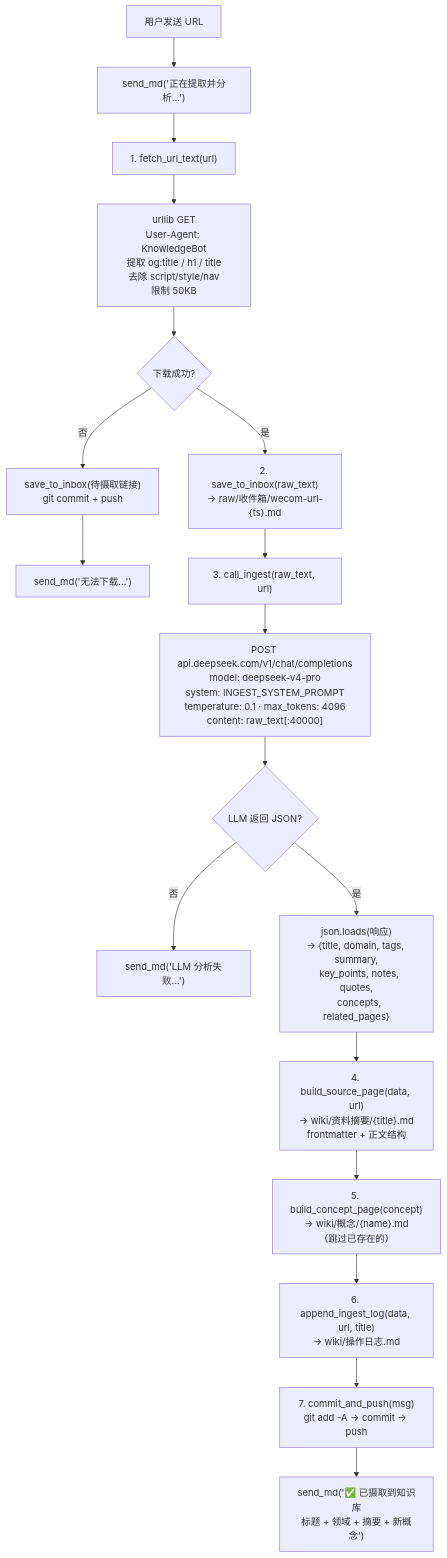
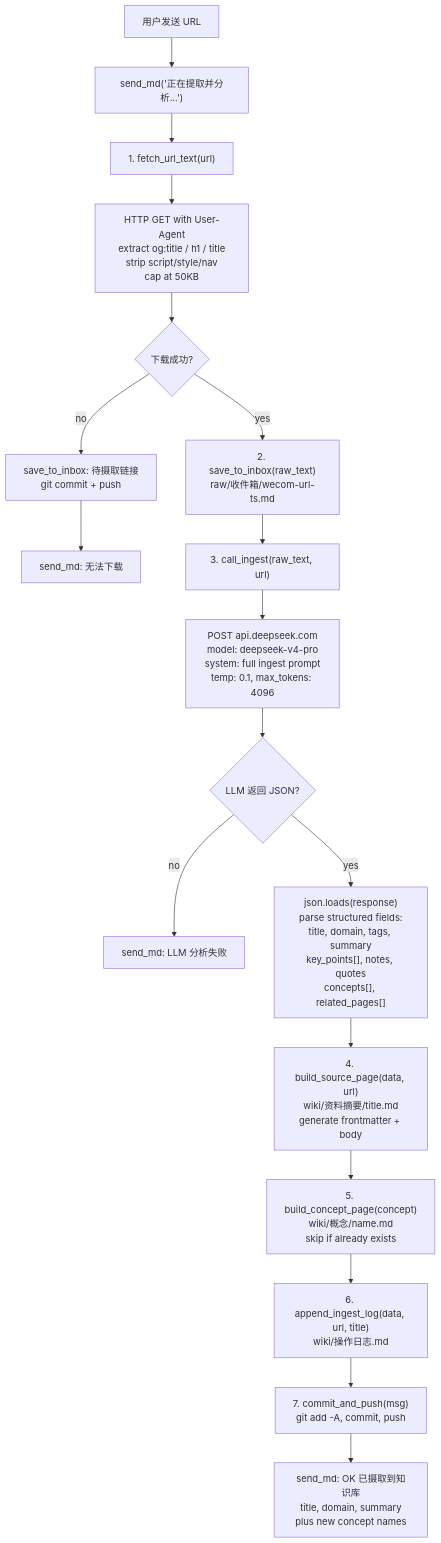
The fourth of 8 diagrams in wiki/综合分析/2026-05-23 Phase 2 实现详细流程图.md (JXY001A/knowledge-wiki), drawn with Mermaid before and after one commit. The commit also changed other lines of this file, not shown here.

First line of the commit message:
fix: 修复 4 处 Mermaid 渲染错误 — 清除节点标签中的 ()/→/✅/{}/├└ 模式

````diff
--- a/wiki/综合分析/2026-05-23 Phase 2 实现详细流程图.md
+++ b/wiki/综合分析/2026-05-23 Phase 2 实现详细流程图.md
@@ -164,32 +164,32 @@
 ```mermaid
 flowchart TD
     URL["用户发送 URL"] --> Notify["send_md('正在提取并分析...')"]
 
     Notify --> Fetch["1. fetch_url_text(url)"]
-    Fetch --> FetchDetail["urllib GET<br/>User-Agent: KnowledgeBot<br/>提取 og:title / h1 / title<br/>去除 script/style/nav<br/>限制 50KB"]
+    Fetch --> FetchDetail["HTTP GET with User-Agent<br/>extract og:title / h1 / title<br/>strip script/style/nav<br/>cap at 50KB"]
     FetchDetail --> FetchOK{"下载成功?"}
 
-    FetchOK -->|"否"| SaveRef["save_to_inbox(待摄取链接)<br/>git commit + push"]
-    SaveRef --> NotifyFail["send_md('无法下载...')"]
+    FetchOK -->|"no"| SaveRef["save_to_inbox: 待摄取链接<br/>git commit + push"]
+    SaveRef --> NotifyFail["send_md: 无法下载"]
 
-    FetchOK -->|"是"| SaveRaw["2. save_to_inbox(raw_text)<br/>→ raw/收件箱/wecom-url-{ts}.md"]
+    FetchOK -->|"yes"| SaveRaw["2. save_to_inbox(raw_text)<br/>raw/收件箱/wecom-url-ts.md"]
 
     SaveRaw --> DeepSeek["3. call_ingest(raw_text, url)"]
-    DeepSeek --> DeepSeekDetail["POST api.deepseek.com/v1/chat/completions<br/>model: deepseek-v4-pro<br/>system: INGEST_SYSTEM_PROMPT<br/>temperature: 0.1 · max_tokens: 4096<br/>content: raw_text[:40000]"]
+    DeepSeek --> DeepSeekDetail["POST api.deepseek.com<br/>model: deepseek-v4-pro<br/>system: full ingest prompt<br/>temp: 0.1, max_tokens: 4096"]
 
     DeepSeekDetail --> DeepSeekOK{"LLM 返回 JSON?"}
 
-    DeepSeekOK -->|"否"| NotifyLLMFail["send_md('LLM 分析失败...')"]
+    DeepSeekOK -->|"no"| NotifyLLMFail["send_md: LLM 分析失败"]
 
-    DeepSeekOK -->|"是"| ParseJSON["json.loads(响应)<br/>→ {title, domain, tags, summary,<br/>   key_points, notes, quotes,<br/>   concepts, related_pages}"]
+    DeepSeekOK -->|"yes"| ParseJSON["json.loads(response)<br/>parse structured fields:<br/>title, domain, tags, summary<br/>key_points[], notes, quotes<br/>concepts[], related_pages[]"]
 
-    ParseJSON --> BuildSource["4. build_source_page(data, url)<br/>→ wiki/资料摘要/{title}.md<br/>frontmatter + 正文结构"]
+    ParseJSON --> BuildSource["4. build_source_page(data, url)<br/>wiki/资料摘要/title.md<br/>generate frontmatter + body"]
 
-    BuildSource --> BuildConcepts["5. build_concept_page(concept)<br/>→ wiki/概念/{name}.md<br/>（跳过已存在的）"]
+    BuildSource --> BuildConcepts["5. build_concept_page(concept)<br/>wiki/概念/name.md<br/>skip if already exists"]
 
-    BuildConcepts --> AppendLog["6. append_ingest_log(data, url, title)<br/>→ wiki/操作日志.md"]
+    BuildConcepts --> AppendLog["6. append_ingest_log(data, url, title)<br/>wiki/操作日志.md"]
 
-    AppendLog --> GitPush["7. commit_and_push(msg)<br/>git add -A → commit → push"]
+    AppendLog --> GitPush["7. commit_and_push(msg)<br/>git add -A, commit, push"]
 
-    GitPush --> NotifyOK["send_md('✅ 已摄取到知识库<br/>标题 + 领域 + 摘要 + 新概念')"]
+    GitPush --> NotifyOK["send_md: OK 已摄取到知识库<br/>title, domain, summary<br/>plus new concept names"]
 ```
````
